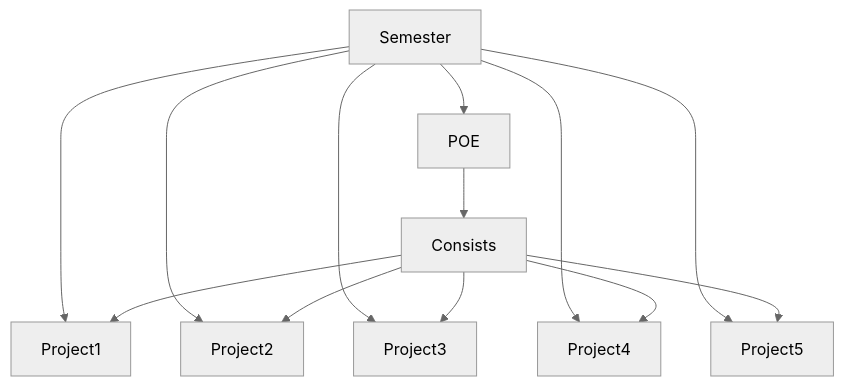
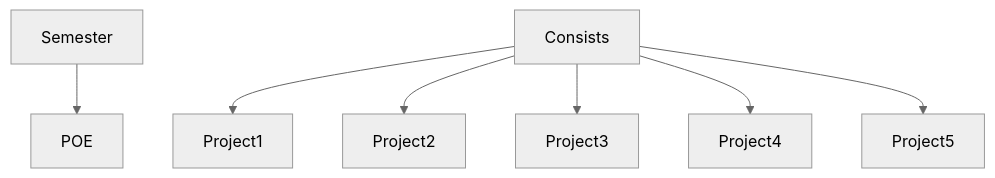
One commit to Cryslender/CMPG-323-Overview-36627399 changed the second of 2 diagrams in README.md. Above: the diagram before and after it, drawn with Mermaid (neutral theme).

````diff
--- a/README.md
+++ b/README.md
@@ -57,15 +57,9 @@
 ```mermaid
 graph TB;
-      Semester-->Project1;
-      Semester-->Project2;
-      Semester-->Project3;
-      Semester-->Project4;
-      Semester-->Project5;
       Semester-->POE;
-      POE-->Consists;
       Consists-->Project1;
       Consists-->Project2;
       Consists-->Project3;
       Consists-->Project4;
       Consists-->Project5;
 ```
````
